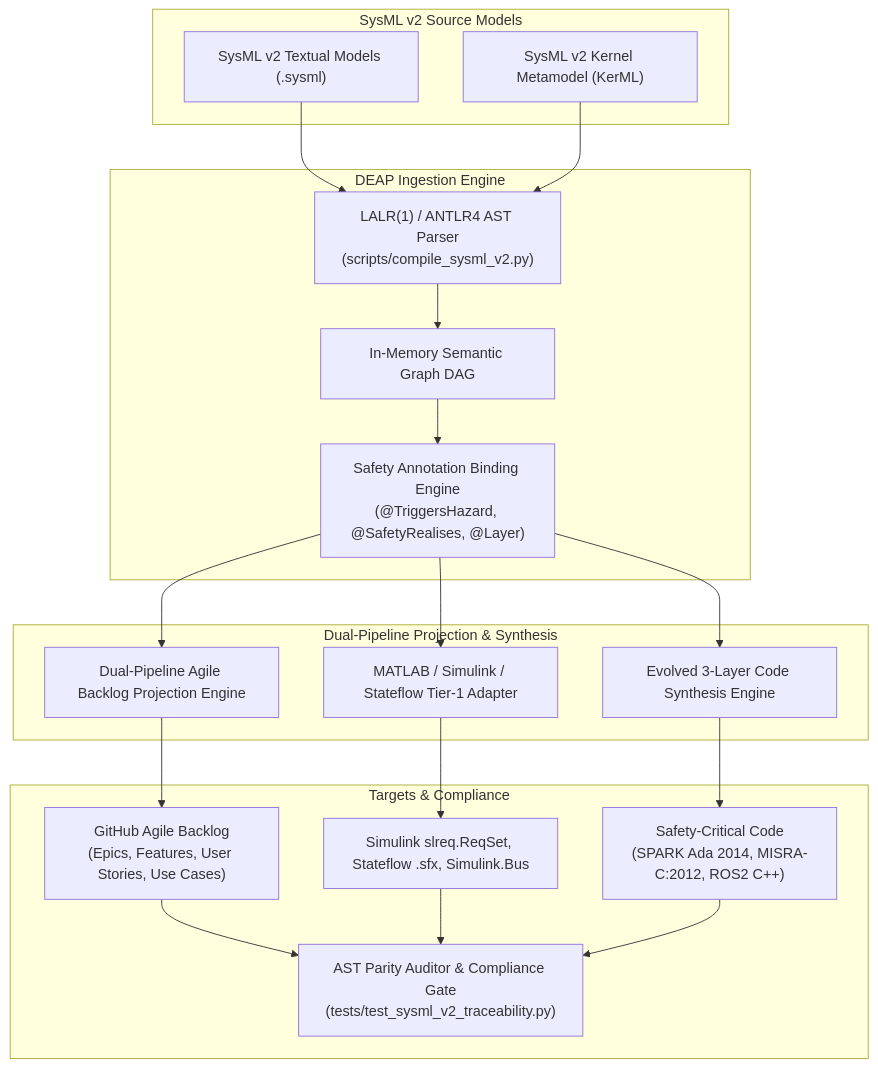
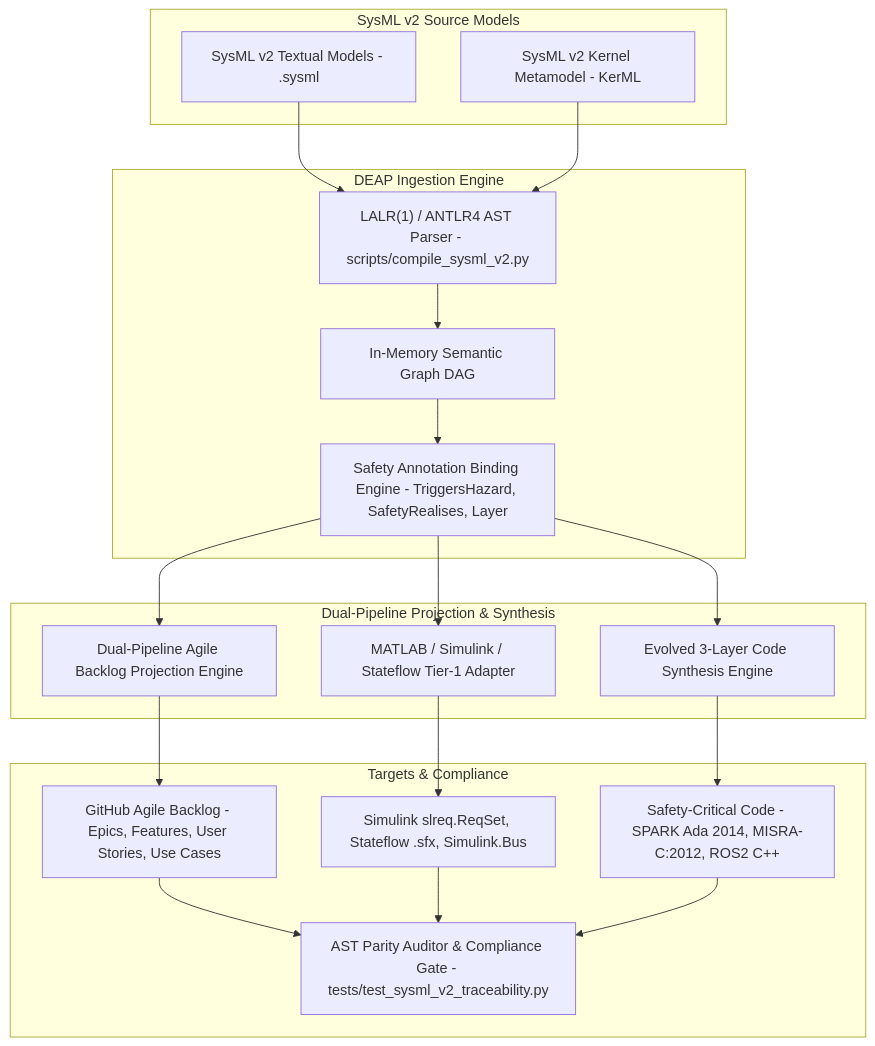
The first of 7 diagrams in docs/architecture/blueprints/DEAP_SYSML_V2_INGESTION_ENGINE_BLUEPRINT.md (gintatkinson/DEAP-spec-core), drawn with Mermaid before and after one commit. The commit also changed other lines of this file and 1 other file, not shown here.

Commit message:
feat(blueprint): synchronize SysML v2 Ingestion Engine solution blueprint DEAP-BLUEPRINT-SYSML-003 across polyrepos

````diff
--- a/docs/architecture/blueprints/DEAP_SYSML_V2_INGESTION_ENGINE_BLUEPRINT.md
+++ b/docs/architecture/blueprints/DEAP_SYSML_V2_INGESTION_ENGINE_BLUEPRINT.md
@@ -20,40 +20,40 @@
 ```mermaid
 flowchart TD
     subgraph "SysML v2 Source Models"
-        SysML_Text["SysML v2 Textual Models (.sysml)"]
-        SysML_Graph["SysML v2 Kernel Metamodel (KerML)"]
+        SysML_Text["SysML v2 Textual Models - .sysml"]
+        SysML_Graph["SysML v2 Kernel Metamodel - KerML"]
     end
 
     subgraph "DEAP Ingestion Engine"
-        AST_Parser["LALR(1) / ANTLR4 AST Parser\n(scripts/compile_sysml_v2.py)"]
+        AST_Parser["LALR(1) / ANTLR4 AST Parser - scripts/compile_sysml_v2.py"]
         Semantic_DAG["In-Memory Semantic Graph DAG"]
-        Safety_Annotation["Safety Annotation Binding Engine\n(@TriggersHazard, @SafetyRealises, @Layer)"]
+        Safety_Annotation["Safety Annotation Binding Engine - TriggersHazard, SafetyRealises, Layer"]
     end
 
     subgraph "Dual-Pipeline Projection & Synthesis"
         Backlog_Engine["Dual-Pipeline Agile Backlog Projection Engine"]
         MATLAB_Adapter["MATLAB / Simulink / Stateflow Tier-1 Adapter"]
         Code_Synthesis["Evolved 3-Layer Code Synthesis Engine"]
     end
 
     subgraph "Targets & Compliance"
-        GitHub_Tracker["GitHub Agile Backlog\n(Epics, Features, User Stories, Use Cases)"]
+        GitHub_Tracker["GitHub Agile Backlog - Epics, Features, User Stories, Use Cases"]
         MBD_Artifacts["Simulink slreq.ReqSet, Stateflow .sfx, Simulink.Bus"]
-        Safety_Code["Safety-Critical Code\n(SPARK Ada 2014, MISRA-C:2012, ROS2 C++)"]
-        Parity_Gate["AST Parity Auditor & Compliance Gate\n(tests/test_sysml_v2_traceability.py)"]
+        Safety_Code["Safety-Critical Code - SPARK Ada 2014, MISRA-C:2012, ROS2 C++"]
+        Parity_Gate["AST Parity Auditor & Compliance Gate - tests/test_sysml_v2_traceability.py"]
     end
 
     SysML_Text --> AST_Parser
     SysML_Graph --> AST_Parser
     AST_Parser --> Semantic_DAG
     Semantic_DAG --> Safety_Annotation
     Safety_Annotation --> Backlog_Engine
     Safety_Annotation --> MATLAB_Adapter
     Safety_Annotation --> Code_Synthesis
     Backlog_Engine --> GitHub_Tracker
     MATLAB_Adapter --> MBD_Artifacts
     Code_Synthesis --> Safety_Code
     GitHub_Tracker --> Parity_Gate
     MBD_Artifacts --> Parity_Gate
     Safety_Code --> Parity_Gate
 ```
````
